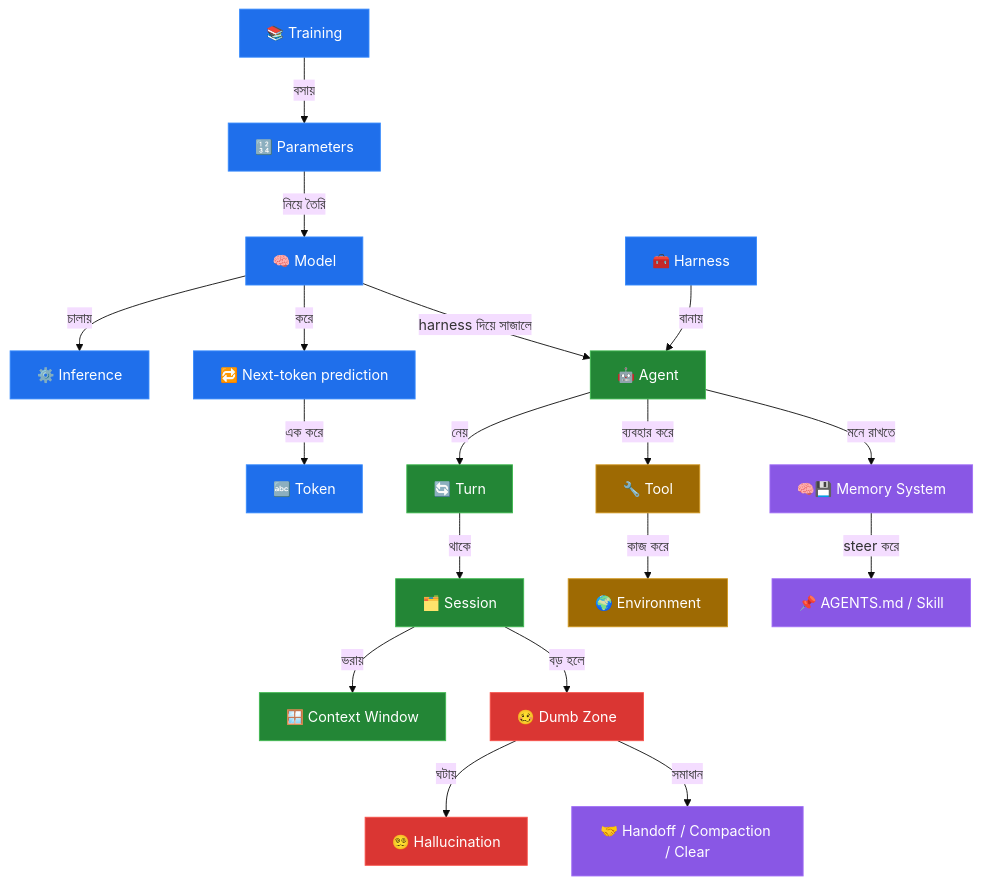
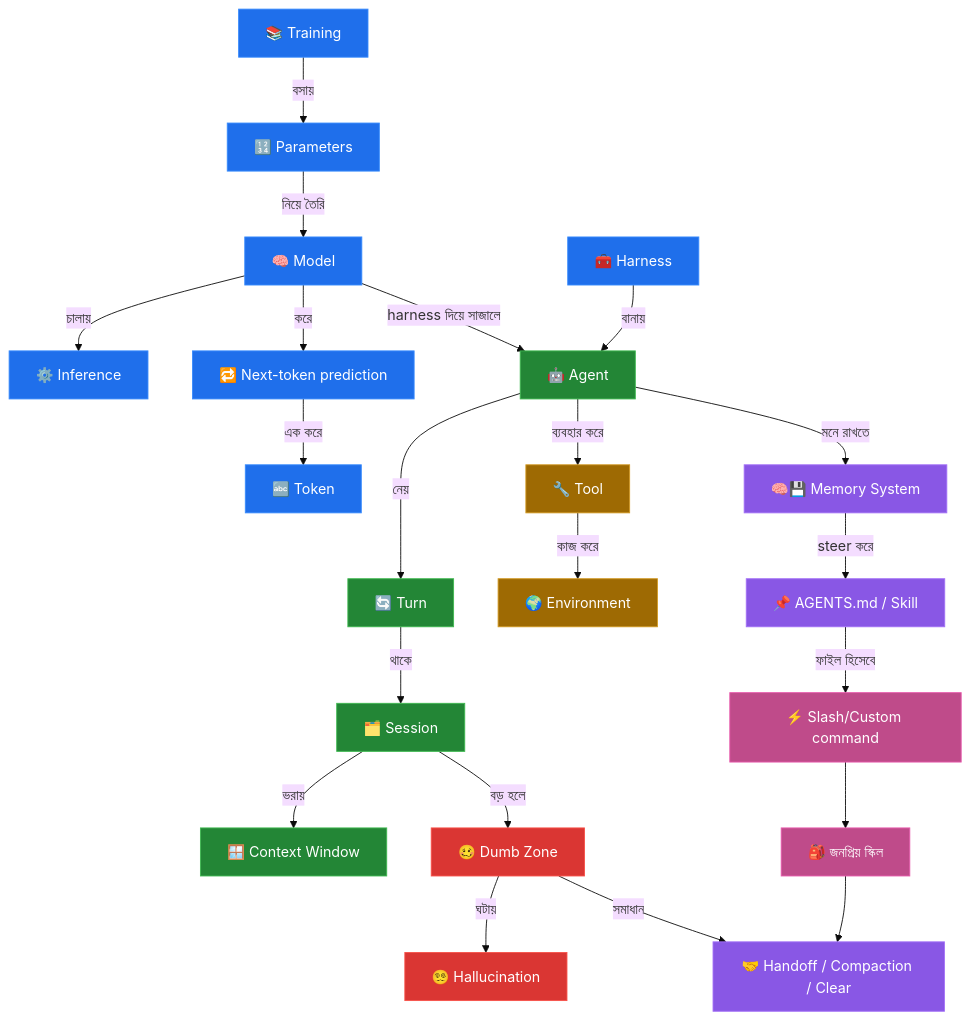
The diagram in dictionary/00-concept-map-and-cheatsheet.md (dhrupo/dictionary-of-ai-coding-bangla), drawn with Mermaid (base theme) before and after one commit. The commit also changed other lines of this file and 2 other files, not shown here.

````diff
--- a/dictionary/00-concept-map-and-cheatsheet.md
+++ b/dictionary/00-concept-map-and-cheatsheet.md
@@ -12,35 +12,41 @@
 ```mermaid
 flowchart TD
     Train["📚 Training"] -->|বসায়| Param["🔢 Parameters"]
     Param -->|নিয়ে তৈরি| Model["🧠 Model"]
     Model -->|চালায়| Infer["⚙️ Inference"]
     Model -->|করে| NTP["🔁 Next-token prediction"]
     NTP -->|এক করে| Token["🔤 Token"]
 
     Model -->|harness দিয়ে সাজালে| Agent["🤖 Agent"]
     Harness["🧰 Harness"] -->|বানায়| Agent
     Agent -->|নেয়| Turn["🔄 Turn"]
     Turn -->|থাকে| Session["🗂️ Session"]
     Session -->|ভরায়| CW["🪟 Context Window"]
 
     Agent -->|ব্যবহার করে| Tool["🔧 Tool"]
     Tool -->|কাজ করে| Env["🌍 Environment"]
 
     Session -->|বড় হলে| Dumb["🥴 Dumb Zone"]
     Dumb -->|ঘটায়| Hallu["😵‍💫 Hallucination"]
     Dumb -->|সমাধান| Handoff["🤝 Handoff / Compaction / Clear"]
 
     Agent -->|মনে রাখতে| Mem["🧠💾 Memory System"]
     Mem -->|steer করে| AgentsMd["📌 AGENTS.md / Skill"]
 
+    AgentsMd -->|ফাইল হিসেবে| SlashCmd["⚡ Slash/Custom command"]
+    SlashCmd --> SkillsNode["🎒 জনপ্রিয় স্কিল"]
+    SkillsNode --> Handoff
+
     classDef sec1 fill:#1f6feb,color:#fff,stroke:#388bfd;
     classDef sec2 fill:#238636,color:#fff,stroke:#3fb950;
     classDef sec3 fill:#9e6a03,color:#fff,stroke:#d29922;
     classDef sec4 fill:#da3633,color:#fff,stroke:#f85149;
     classDef sec5 fill:#8957e5,color:#fff,stroke:#a371f7;
+    classDef sec6 fill:#bf4b8a,color:#fff,stroke:#e85aad;
     class Train,Param,Model,Infer,NTP,Token,Harness sec1;
     class Agent,Turn,Session,CW sec2;
     class Tool,Env sec3;
     class Dumb,Hallu sec4;
     class Handoff,Mem,AgentsMd sec5;
+    class SlashCmd,SkillsNode sec6;
 ```
````
